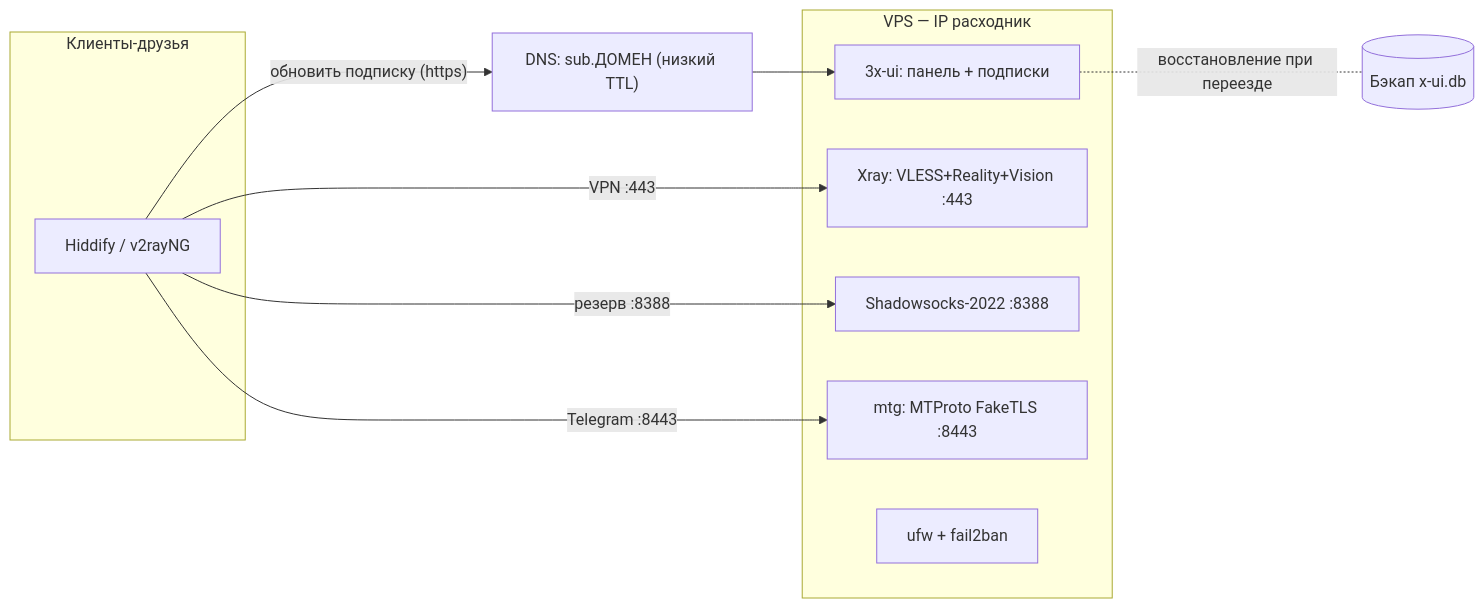
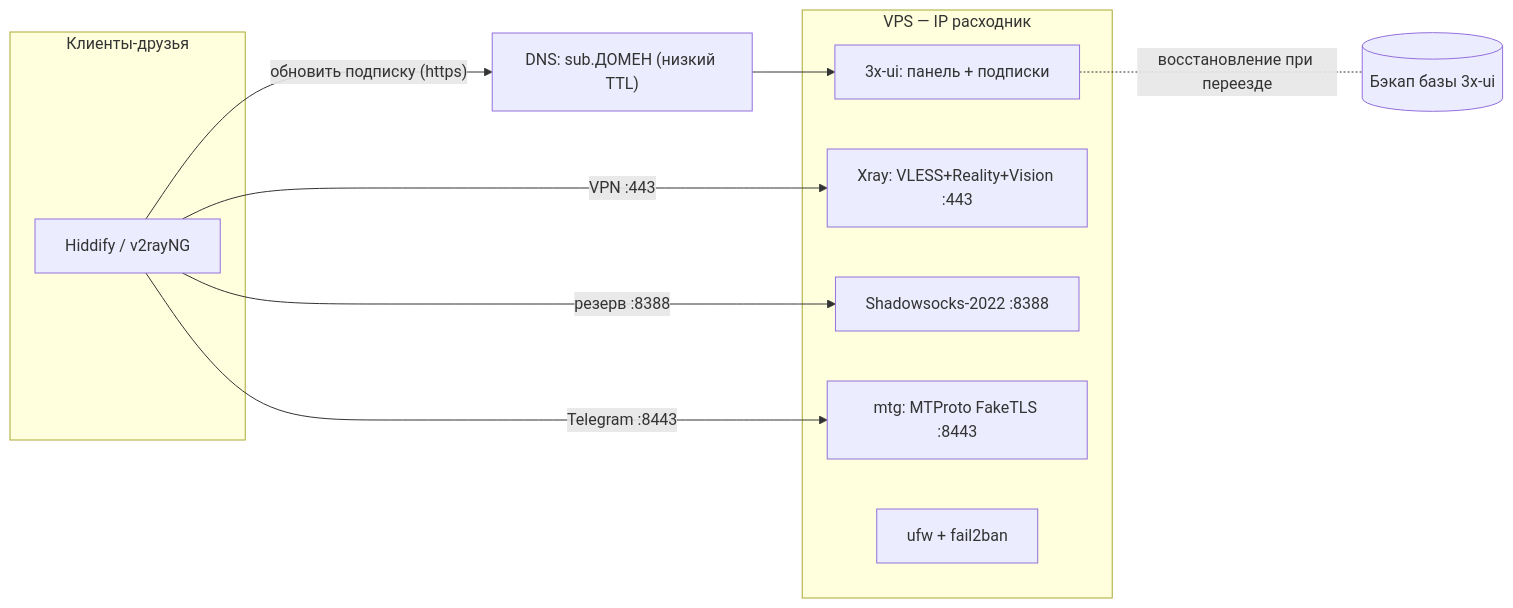
The diagram in docs/architecture.md (duckduckduck1/Mirage), drawn with Mermaid before and after one commit. The commit also changed other lines of this file and 4 other files, not shown here.

````diff
--- a/docs/architecture.md
+++ b/docs/architecture.md
@@ -138,24 +143,24 @@
 ```mermaid
 flowchart LR
     subgraph C["Клиенты-друзья"]
         app["Hiddify / v2rayNG"]
     end
 
     dns["DNS: sub.ДОМЕН (низкий TTL)"]
 
     subgraph V["VPS — IP расходник"]
         panel["3x-ui: панель + подписки"]
         xray["Xray: VLESS+Reality+Vision :443"]
         ss["Shadowsocks-2022 :8388"]
         mtg["mtg: MTProto FakeTLS :8443"]
         fw["ufw + fail2ban"]
     end
 
-    backup[("Бэкап x-ui.db")]
+    backup[("Бэкап базы 3x-ui")]
 
     app -- "обновить подписку (https)" --> dns --> panel
     app -- "VPN :443" --> xray
     app -- "резерв :8388" --> ss
     app -- "Telegram :8443" --> mtg
     panel -. "восстановление при переезде" .- backup
 ```
````
